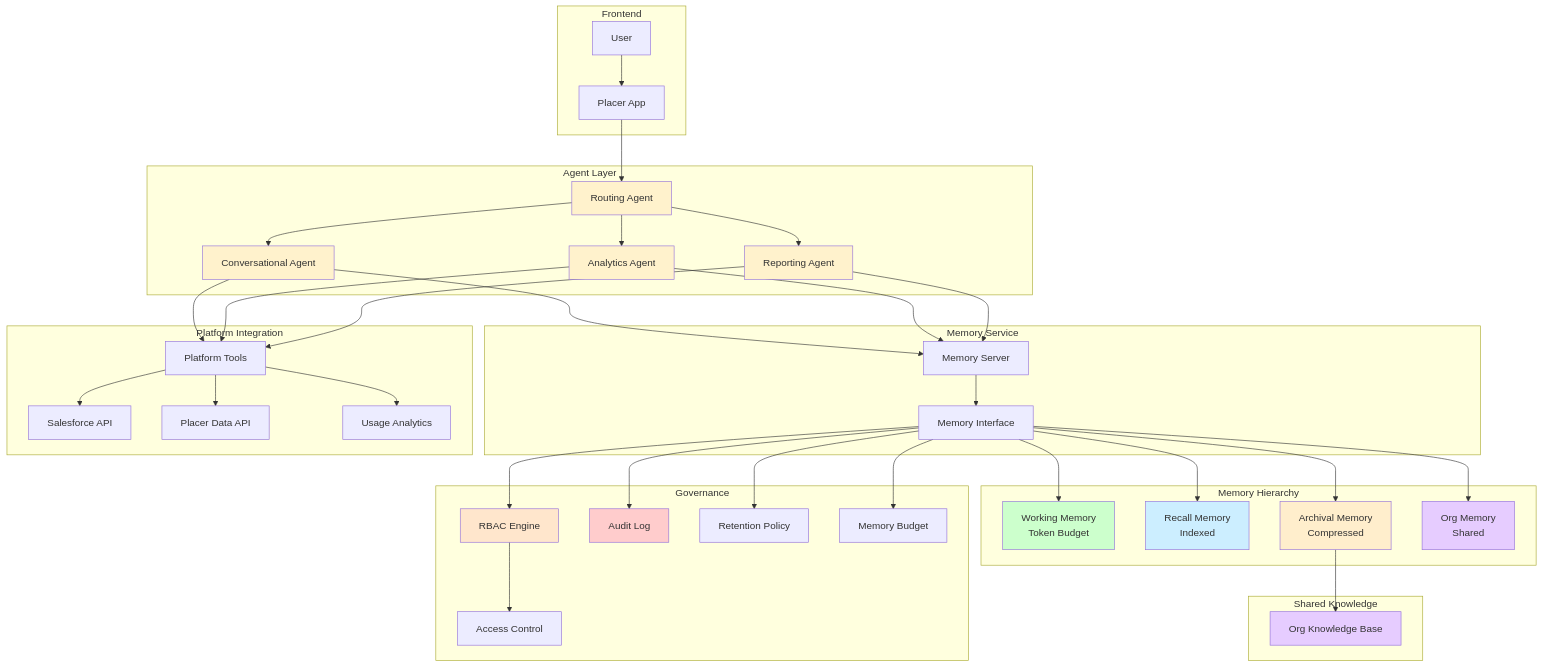
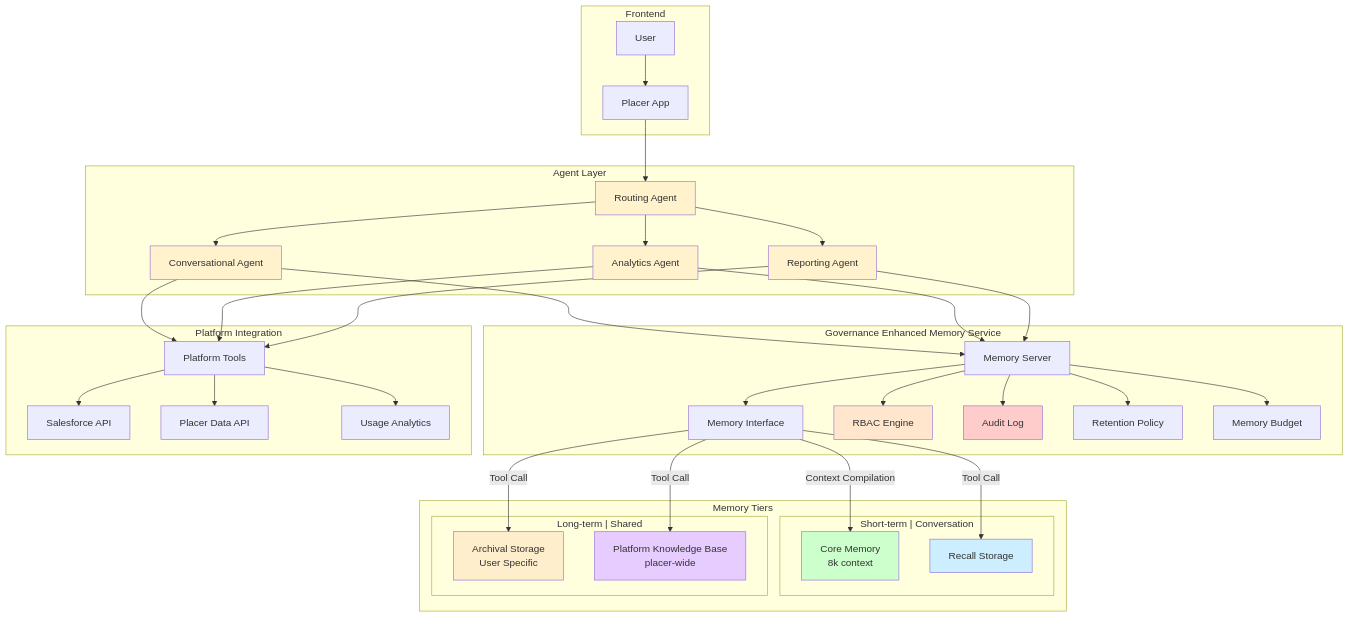
The fourth of 4 diagrams in docs/deliverables/solution_options.md (joeyfezster/memAgentDemo), drawn with Mermaid before and after one commit. The commit also changed other lines of this file, not shown here.

Commit message:
Docs: Update solution options for Enhanced User, Agent & Platform Memory with detailed architecture and integration improvements

````diff
--- a/docs/deliverables/solution_options.md
+++ b/docs/deliverables/solution_options.md
@@ -170,60 +177,57 @@
 ```mermaid
 graph TB
     subgraph "Frontend"
         U[User] --> PA[Placer App]
     end
-    
+
     subgraph "Agent Layer"
         PA --> RA[Routing Agent]
         RA --> CA[Conversational Agent]
         RA --> AA[Analytics Agent]
         RA --> RA2[Reporting Agent]
     end
-    
-    subgraph "Memory Service"
+
+    subgraph "Governance Enhanced Memory Service"
         CA --> MS[Memory Server]
         AA --> MS
         RA2 --> MS
         MS --> MI[Memory Interface]
+
+        MS --> RBAC[RBAC Engine]
+        MS --> AL[Audit Log]
+        MS --> RT[Retention Policy]
+        MS --> MB[Memory Budget]
     end
-    
-    subgraph "Memory Hierarchy"
-        MI --> WM[Working Memory<br/>Token Budget]
-        MI --> RM[Recall Memory<br/>Indexed]
-        MI --> AM[Archival Memory<br/>Compressed]
-        MI --> OM[Org Memory<br/>Shared]
+
+    subgraph "Memory Tiers"
+        subgraph "Short-term | Conversation"
+            MI --> | Context Compilation | CM[Core Memory<br/>8k context]
+            MI --> | Tool Call | RC[Recall Storage]
+        end
+        subgraph "Long-term | Shared"
+            MI --> | Tool Call | AR[Archival Storage<br/> User Specific]
+            MI --> | Tool Call | PK[Platform Knowledge Base<br/> placer-wide]
+        end
     end
-    
-    subgraph "Governance"
-        MI --> RBAC[RBAC Engine]
-        MI --> AL[Audit Log]
-        MI --> RT[Retention Policy]
-        MI --> MB[Memory Budget]
-        RBAC --> ACL[Access Control]
-    end
-    
+
     subgraph "Platform Integration"
         CA --> PT[Platform Tools]
         AA --> PT
         RA2 --> PT
         PT --> SF[Salesforce API]
         PT --> PD[Placer Data API]
         PT --> UA[Usage Analytics]
     end
-    
-    subgraph "Shared Knowledge"
-        AM --> OK[Org Knowledge Base]
-    end
-    
+
+
     style RA fill:#fff2cc
     style CA fill:#fff2cc
     style AA fill:#fff2cc
     style RA2 fill:#fff2cc
-    style WM fill:#ccffcc
-    style RM fill:#cceeff
-    style AM fill:#ffeecc
-    style OM fill:#e6ccff
+    style CM fill:#ccffcc
+    style RC fill:#cceeff
+    style AR fill:#ffeecc
+    style PK fill:#e6ccff
     style AL fill:#ffcccc
     style RBAC fill:#ffe6cc
-    style OK fill:#e6ccff
 ```
````
